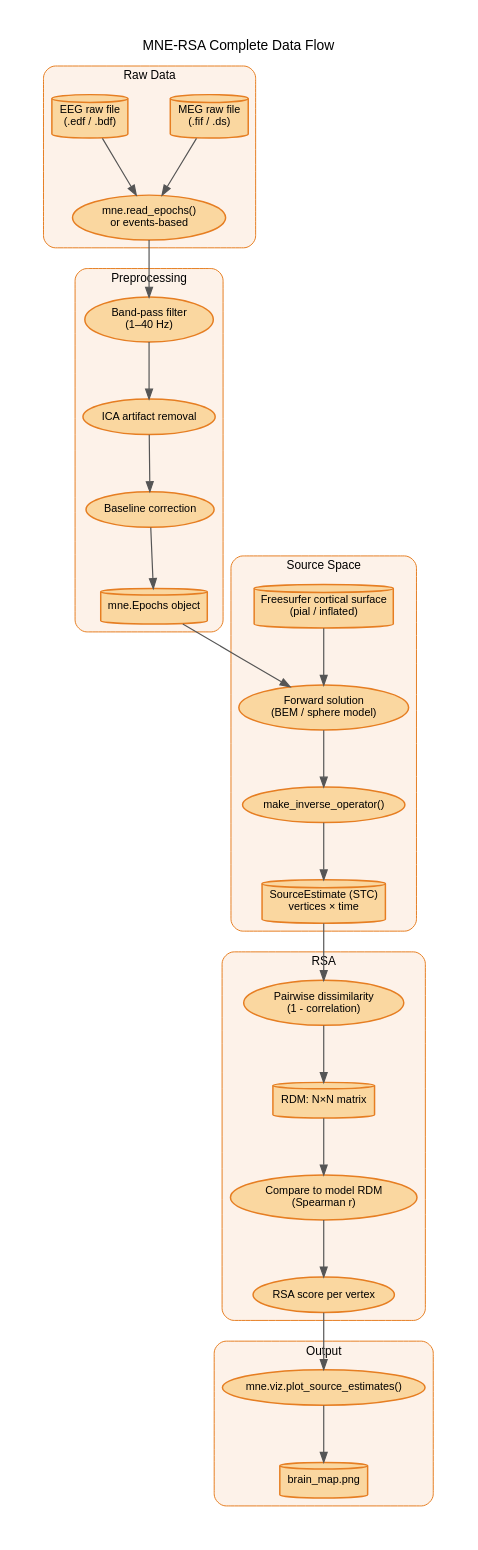
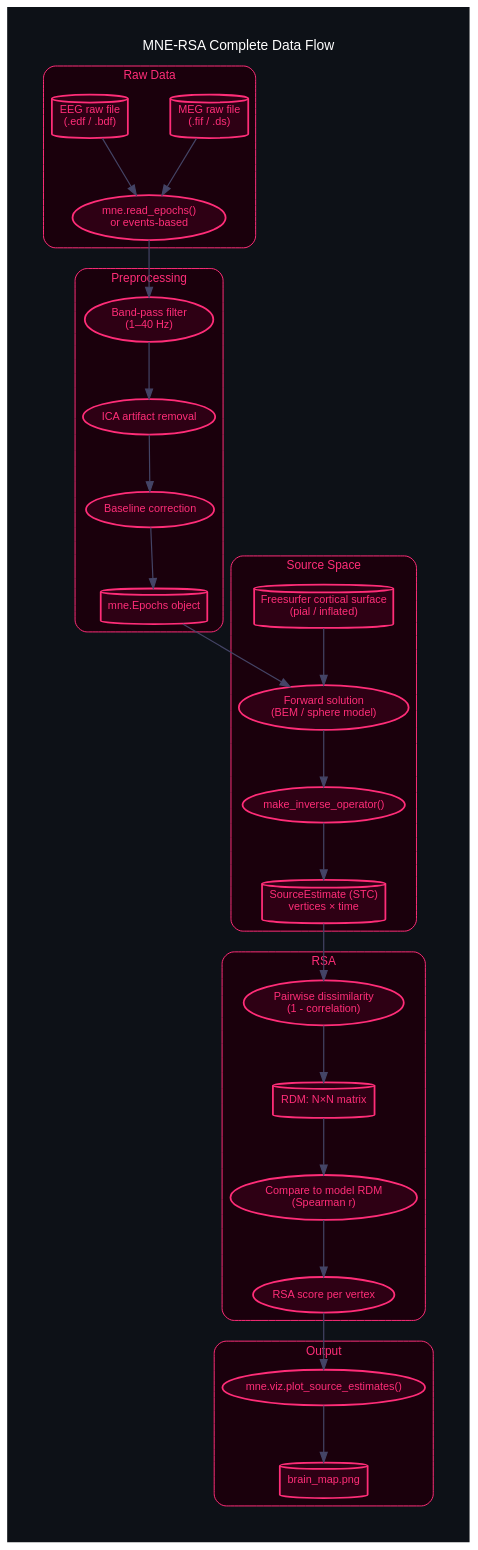
One commit to danindiana/hilbertbrane changed the diagram in docs/diagrams_25/16_data_flow_mne.dot. Above: the diagram before and after it, drawn with Graphviz. The commit also changed 78 other files, not shown here.

```diff
--- a/docs/diagrams_25/16_data_flow_mne.dot
+++ b/docs/diagrams_25/16_data_flow_mne.dot
@@ -1,79 +1,80 @@
 digraph G {
     graph [
         fontname="Helvetica,Arial,sans-serif"
-        bgcolor="#ffffff"
+        bgcolor="#0d1117"
+        fontcolor="white"
         splines=spline
         nodesep=0.6
         ranksep=0.8
         pad=0.4
         labelloc="t"
         labeljust="c"
         fontsize=14
     ]
-    node [fontname="Helvetica,Arial,sans-serif" fontsize=11 style="filled,rounded" penwidth=1.5]
-    edge [fontname="Helvetica,Arial,sans-serif" fontsize=9 color="#555555" penwidth=1.2]
+    node [fontname="Helvetica,Arial,sans-serif" fontsize=11 style="filled,rounded" penwidth=1.8 fontcolor="white"]
+    edge [fontname="Helvetica,Arial,sans-serif" fontsize=9 color="#444466" penwidth=1.2 fontcolor="#aaaacc"]
     graph [label="MNE-RSA Complete Data Flow" rankdir="TB"]
 
     subgraph cluster_raw {
         label="Raw Data"
-        style="filled,rounded" fillcolor="#FDF2E9" color="#E67E22" fontsize=12
-        fontname="Helvetica,Arial,sans-serif"
+        style="filled,rounded" fillcolor="#1a000c" color="#ff2d78" fontsize=12
+        fontname="Helvetica,Arial,sans-serif" fontcolor="#ff2d78"
 
-        rw1 [label="MEG raw file\n(.fif / .ds)" shape=cylinder fillcolor="#FAD7A0" color="#E67E22"]
-        rw2 [label="EEG raw file\n(.edf / .bdf)" shape=cylinder fillcolor="#FAD7A0" color="#E67E22"]
-        rw3 [label="mne.read_epochs()\nor events-based" fillcolor="#FAD7A0" color="#E67E22"]
+        rw1 [label="MEG raw file\n(.fif / .ds)" shape=cylinder fillcolor="#2e0014" color="#ff2d78" fontcolor="#ff2d78"]
+        rw2 [label="EEG raw file\n(.edf / .bdf)" shape=cylinder fillcolor="#2e0014" color="#ff2d78" fontcolor="#ff2d78"]
+        rw3 [label="mne.read_epochs()\nor events-based" fillcolor="#2e0014" color="#ff2d78" fontcolor="#ff2d78"]
         rw1 -> rw3
         rw2 -> rw3
     }
 
     subgraph cluster_prep {
         label="Preprocessing"
-        style="filled,rounded" fillcolor="#FDF2E9" color="#E67E22" fontsize=12
-        fontname="Helvetica,Arial,sans-serif"
+        style="filled,rounded" fillcolor="#1a000c" color="#ff2d78" fontsize=12
+        fontname="Helvetica,Arial,sans-serif" fontcolor="#ff2d78"
 
-        pr1 [label="Band-pass filter\n(1–40 Hz)" fillcolor="#FAD7A0" color="#E67E22"]
-        pr2 [label="ICA artifact removal" fillcolor="#FAD7A0" color="#E67E22"]
-        pr3 [label="Baseline correction" fillcolor="#FAD7A0" color="#E67E22"]
-        pr4 [label="mne.Epochs object" shape=cylinder fillcolor="#FAD7A0" color="#E67E22"]
+        pr1 [label="Band-pass filter\n(1–40 Hz)" fillcolor="#2e0014" color="#ff2d78" fontcolor="#ff2d78"]
+        pr2 [label="ICA artifact removal" fillcolor="#2e0014" color="#ff2d78" fontcolor="#ff2d78"]
+        pr3 [label="Baseline correction" fillcolor="#2e0014" color="#ff2d78" fontcolor="#ff2d78"]
+        pr4 [label="mne.Epochs object" shape=cylinder fillcolor="#2e0014" color="#ff2d78" fontcolor="#ff2d78"]
         pr1 -> pr2 -> pr3 -> pr4
     }
 
     subgraph cluster_src {
         label="Source Space"
-        style="filled,rounded" fillcolor="#FDF2E9" color="#E67E22" fontsize=12
-        fontname="Helvetica,Arial,sans-serif"
+        style="filled,rounded" fillcolor="#1a000c" color="#ff2d78" fontsize=12
+        fontname="Helvetica,Arial,sans-serif" fontcolor="#ff2d78"
 
-        sr1 [label="Freesurfer cortical surface\n(pial / inflated)" shape=cylinder fillcolor="#FAD7A0" color="#E67E22"]
-        sr2 [label="Forward solution\n(BEM / sphere model)" fillcolor="#FAD7A0" color="#E67E22"]
-        sr3 [label="make_inverse_operator()" fillcolor="#FAD7A0" color="#E67E22"]
-        sr4 [label="SourceEstimate (STC)\nvertices × time" shape=cylinder fillcolor="#FAD7A0" color="#E67E22"]
+        sr1 [label="Freesurfer cortical surface\n(pial / inflated)" shape=cylinder fillcolor="#2e0014" color="#ff2d78" fontcolor="#ff2d78"]
+        sr2 [label="Forward solution\n(BEM / sphere model)" fillcolor="#2e0014" color="#ff2d78" fontcolor="#ff2d78"]
+        sr3 [label="make_inverse_operator()" fillcolor="#2e0014" color="#ff2d78" fontcolor="#ff2d78"]
+        sr4 [label="SourceEstimate (STC)\nvertices × time" shape=cylinder fillcolor="#2e0014" color="#ff2d78" fontcolor="#ff2d78"]
         sr1 -> sr2 -> sr3 -> sr4
     }
 
     subgraph cluster_rsa {
         label="RSA"
-        style="filled,rounded" fillcolor="#FDF2E9" color="#E67E22" fontsize=12
-        fontname="Helvetica,Arial,sans-serif"
+        style="filled,rounded" fillcolor="#1a000c" color="#ff2d78" fontsize=12
+        fontname="Helvetica,Arial,sans-serif" fontcolor="#ff2d78"
 
-        rs1 [label="Pairwise dissimilarity\n(1 - correlation)" fillcolor="#FAD7A0" color="#E67E22"]
-        rs2 [label="RDM: N×N matrix" shape=cylinder fillcolor="#FAD7A0" color="#E67E22"]
-        rs3 [label="Compare to model RDM\n(Spearman r)" fillcolor="#FAD7A0" color="#E67E22"]
-        rs4 [label="RSA score per vertex" fillcolor="#FAD7A0" color="#E67E22"]
+        rs1 [label="Pairwise dissimilarity\n(1 - correlation)" fillcolor="#2e0014" color="#ff2d78" fontcolor="#ff2d78"]
+        rs2 [label="RDM: N×N matrix" shape=cylinder fillcolor="#2e0014" color="#ff2d78" fontcolor="#ff2d78"]
+        rs3 [label="Compare to model RDM\n(Spearman r)" fillcolor="#2e0014" color="#ff2d78" fontcolor="#ff2d78"]
+        rs4 [label="RSA score per vertex" fillcolor="#2e0014" color="#ff2d78" fontcolor="#ff2d78"]
         rs1 -> rs2 -> rs3 -> rs4
     }
 
     subgraph cluster_out {
         label="Output"
-        style="filled,rounded" fillcolor="#FDF2E9" color="#E67E22" fontsize=12
-        fontname="Helvetica,Arial,sans-serif"
+        style="filled,rounded" fillcolor="#1a000c" color="#ff2d78" fontsize=12
+        fontname="Helvetica,Arial,sans-serif" fontcolor="#ff2d78"
 
-        ov [label="mne.viz.plot_source_estimates()" fillcolor="#FAD7A0" color="#E67E22"]
-        op [label="brain_map.png" shape=cylinder fillcolor="#FAD7A0" color="#E67E22"]
+        ov [label="mne.viz.plot_source_estimates()" fillcolor="#2e0014" color="#ff2d78" fontcolor="#ff2d78"]
+        op [label="brain_map.png" shape=cylinder fillcolor="#2e0014" color="#ff2d78" fontcolor="#ff2d78"]
         ov -> op
     }
 
     rw3 -> pr1
     pr4 -> sr2
     sr4 -> rs1
     rs4 -> ov
 }
```
